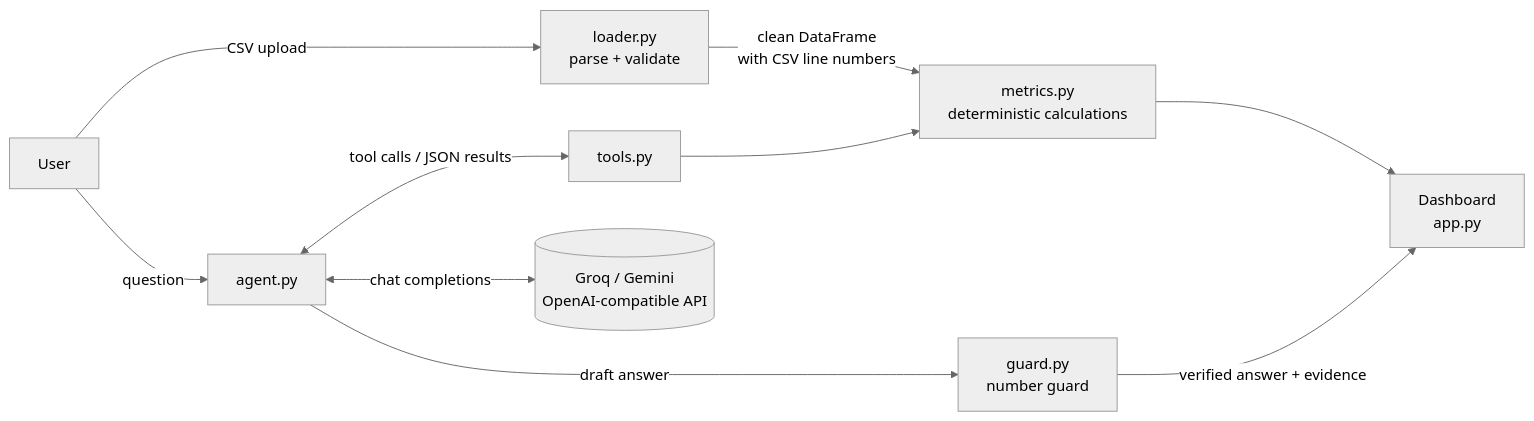
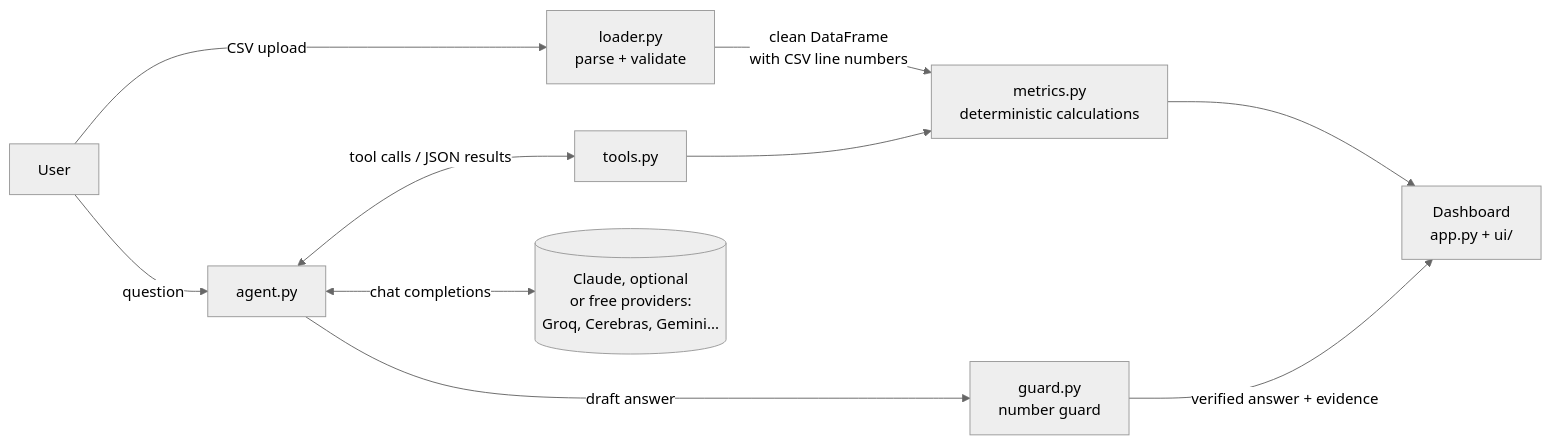
Before and after one commit to hatim-neral/ai-financial-analyst: the diagram in docs/ARCHITECTURE.md, drawn with Mermaid (neutral theme). The commit also changed other lines of this file and 3 other files, not shown here.

````diff
--- a/docs/ARCHITECTURE.md
+++ b/docs/ARCHITECTURE.md
@@ -5,12 +5,12 @@
 ```mermaid
 flowchart LR
     U[User] -->|CSV upload| L[loader.py<br/>parse + validate]
     L -->|clean DataFrame<br/>with CSV line numbers| M[metrics.py<br/>deterministic calculations]
-    M --> D[Dashboard<br/>app.py]
+    M --> D[Dashboard<br/>app.py + ui/]
     U -->|question| A[agent.py]
     A <-->|tool calls / JSON results| T[tools.py]
     T --> M
-    A <-->|chat completions| P[(Groq / Gemini<br/>OpenAI-compatible API)]
+    A <-->|chat completions| P[(Claude, optional<br/>or free providers:<br/>Groq, Cerebras, Gemini...)]
     A -->|draft answer| G[guard.py<br/>number guard]
     G -->|verified answer + evidence| D
 ```
````
